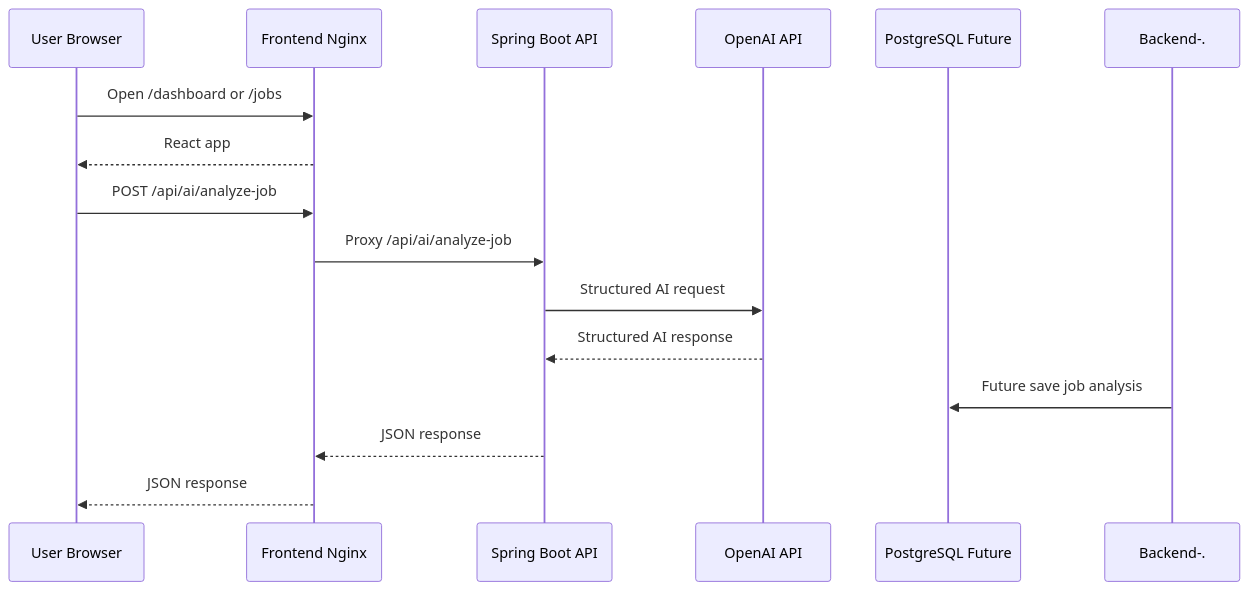
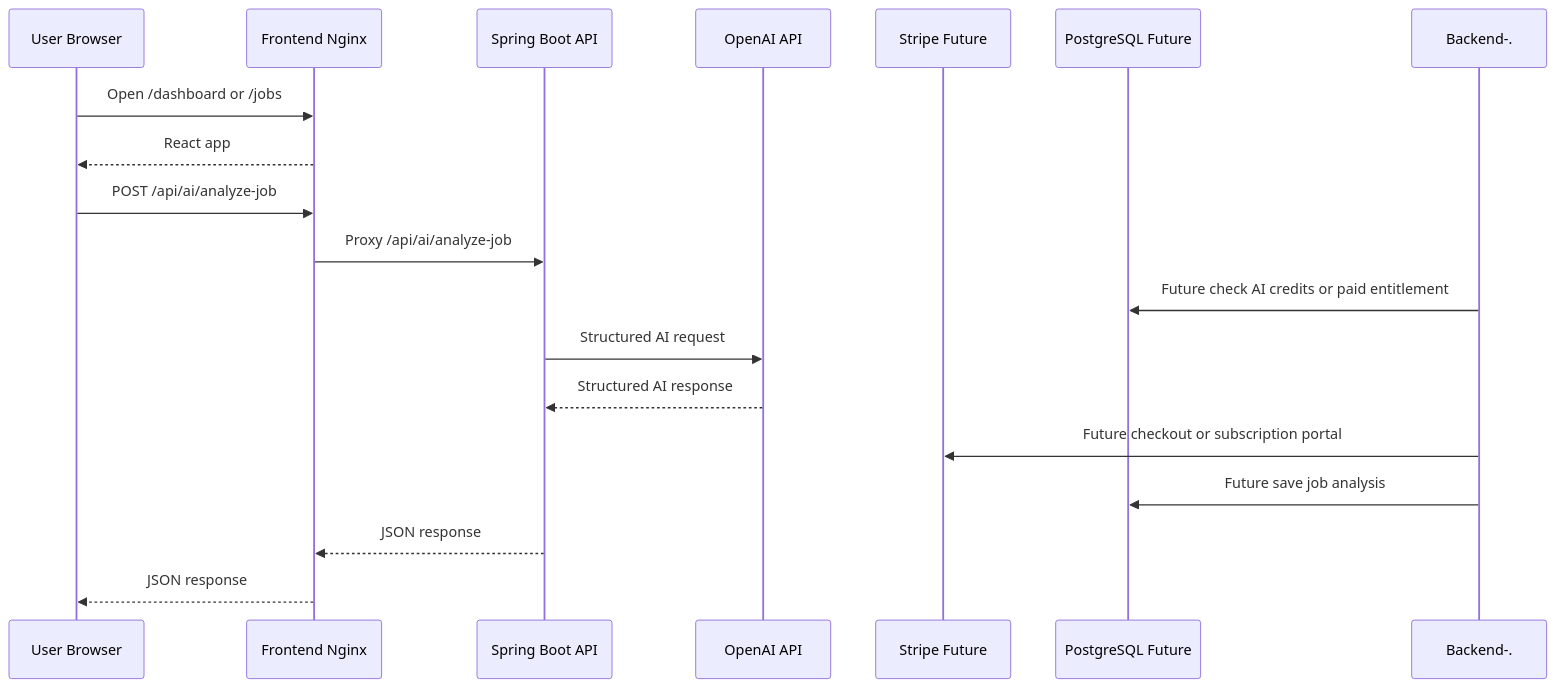
Before and after one commit to deepanrajj/ai-job-assistant: the second of 3 diagrams in docs/infrastructure.md, drawn with Mermaid. The commit also changed other lines of this file and 77 other files, not shown here.

First line of the commit message:
chore(): updated application roadmap (#2)

````diff
--- a/docs/infrastructure.md
+++ b/docs/infrastructure.md
@@ -43,18 +44,21 @@
 ```mermaid
 sequenceDiagram
   participant User as User Browser
   participant Nginx as Frontend Nginx
   participant Backend as Spring Boot API
   participant OpenAI as OpenAI API
+  participant Stripe as Stripe Future
   participant DB as PostgreSQL Future
 
   User->>Nginx: Open /dashboard or /jobs
   Nginx-->>User: React app
   User->>Nginx: POST /api/ai/analyze-job
   Nginx->>Backend: Proxy /api/ai/analyze-job
+  Backend-.->>DB: Future check AI credits or paid entitlement
   Backend->>OpenAI: Structured AI request
   OpenAI-->>Backend: Structured AI response
+  Backend-.->>Stripe: Future checkout or subscription portal
   Backend-.->>DB: Future save job analysis
   Backend-->>Nginx: JSON response
   Nginx-->>User: JSON response
 ```
````
